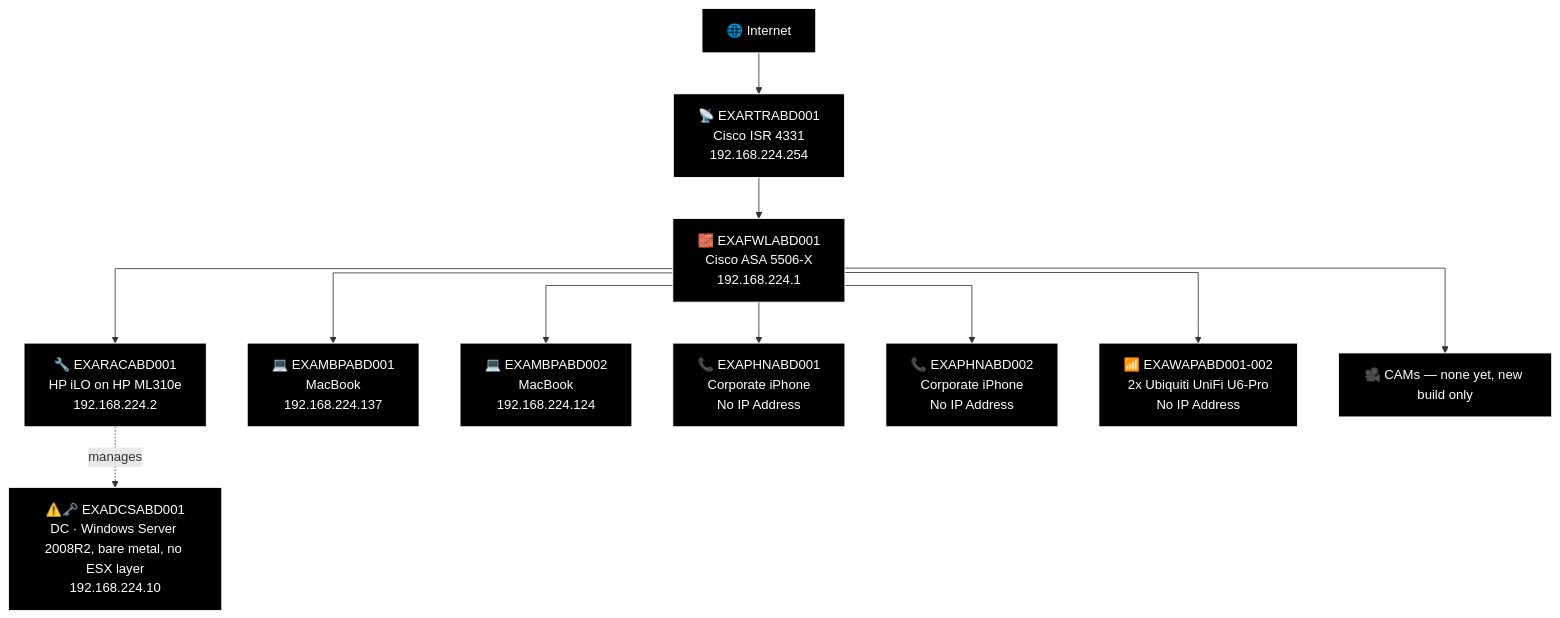
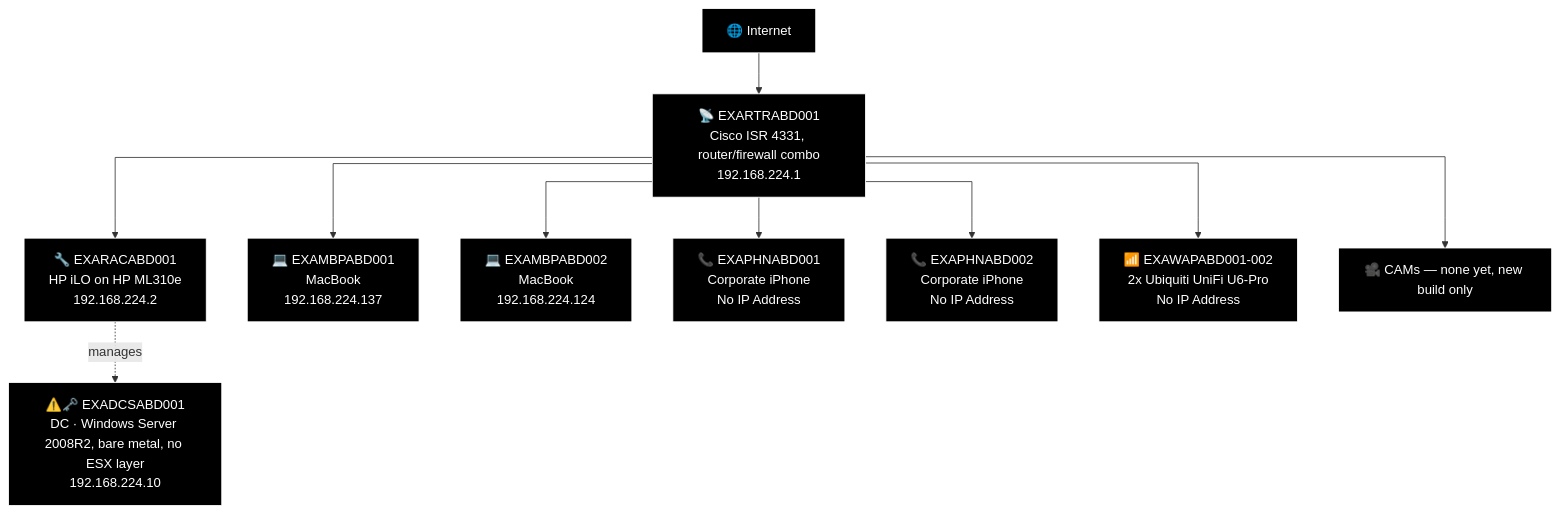
One commit to knightmare2600/example_music_infra changed diagram 19 of 21 in docs/network-diagram/scotland.md. Above: the diagram before and after it, drawn with Mermaid. The commit also changed other lines of this file and 7 other files, not shown here.

````diff
--- a/docs/network-diagram/scotland.md
+++ b/docs/network-diagram/scotland.md
@@ -1122,39 +1116,36 @@
 ```mermaid
 %%{init: {'flowchart': {'curve': 'stepAfter'}}}%%
 graph TD
     O_INET["🌐 Internet"]
-    O_RTR["📡 EXARTRABD001<br/>Cisco ISR 4331<br/>192.168.224.254"]
+    O_RTR["📡 EXARTRABD001<br/>Cisco ISR 4331, router/firewall combo<br/>192.168.224.1"]
     O_INET --> O_RTR
-    O_FWL["🧱 EXAFWLABD001<br/>Cisco ASA 5506-X<br/>192.168.224.1"]
-    O_RTR --> O_FWL
 
     O_ILO["🔧 EXARACABD001<br/>HP iLO on HP ML310e<br/>192.168.224.2"]
     O_DC["⚠️🗝️ EXADCSABD001<br/>DC · Windows Server 2008R2, bare metal, no ESX layer<br/>192.168.224.10"]
-    O_FWL --> O_ILO
+    O_RTR --> O_ILO
     O_ILO -.->|"manages"| O_DC
 
     O_MBP1["💻 EXAMBPABD001<br/>MacBook<br/>192.168.224.137"]
     O_MBP2["💻 EXAMBPABD002<br/>MacBook<br/>192.168.224.124"]
     O_PHN1["📞 EXAPHNABD001<br/>Corporate iPhone<br/>No IP Address"]
     O_PHN2["📞 EXAPHNABD002<br/>Corporate iPhone<br/>No IP Address"]
     O_WAP["📶 EXAWAPABD001-002<br/>2x Ubiquiti UniFi U6-Pro<br/>No IP Address"]
     O_CAM["🎥 CAMs — none yet, new build only"]
-    O_FWL --> O_MBP1
-    O_FWL --> O_MBP2
-    O_FWL --> O_PHN1
-    O_FWL --> O_PHN2
-    O_FWL --> O_WAP
-    O_FWL --> O_CAM
+    O_RTR --> O_MBP1
+    O_RTR --> O_MBP2
+    O_RTR --> O_PHN1
+    O_RTR --> O_PHN2
+    O_RTR --> O_WAP
+    O_RTR --> O_CAM
 
     style O_INET fill:#000000,stroke:#FFFFFF,color:#FFFFFF
     style O_RTR fill:#000000,stroke:#FFFFFF,color:#FFFFFF
-    style O_FWL fill:#000000,stroke:#FFFFFF,color:#FFFFFF
     style O_ILO fill:#000000,stroke:#FFFFFF,color:#FFFFFF
     style O_DC fill:#000000,stroke:#FFFFFF,color:#FFFFFF
     style O_MBP1 fill:#000000,stroke:#FFFFFF,color:#FFFFFF
     style O_MBP2 fill:#000000,stroke:#FFFFFF,color:#FFFFFF
     style O_PHN1 fill:#000000,stroke:#FFFFFF,color:#FFFFFF
     style O_PHN2 fill:#000000,stroke:#FFFFFF,color:#FFFFFF
     style O_WAP fill:#000000,stroke:#FFFFFF,color:#FFFFFF
     style O_CAM fill:#000000,stroke:#FFFFFF,color:#FFFFFF
 ```
````
